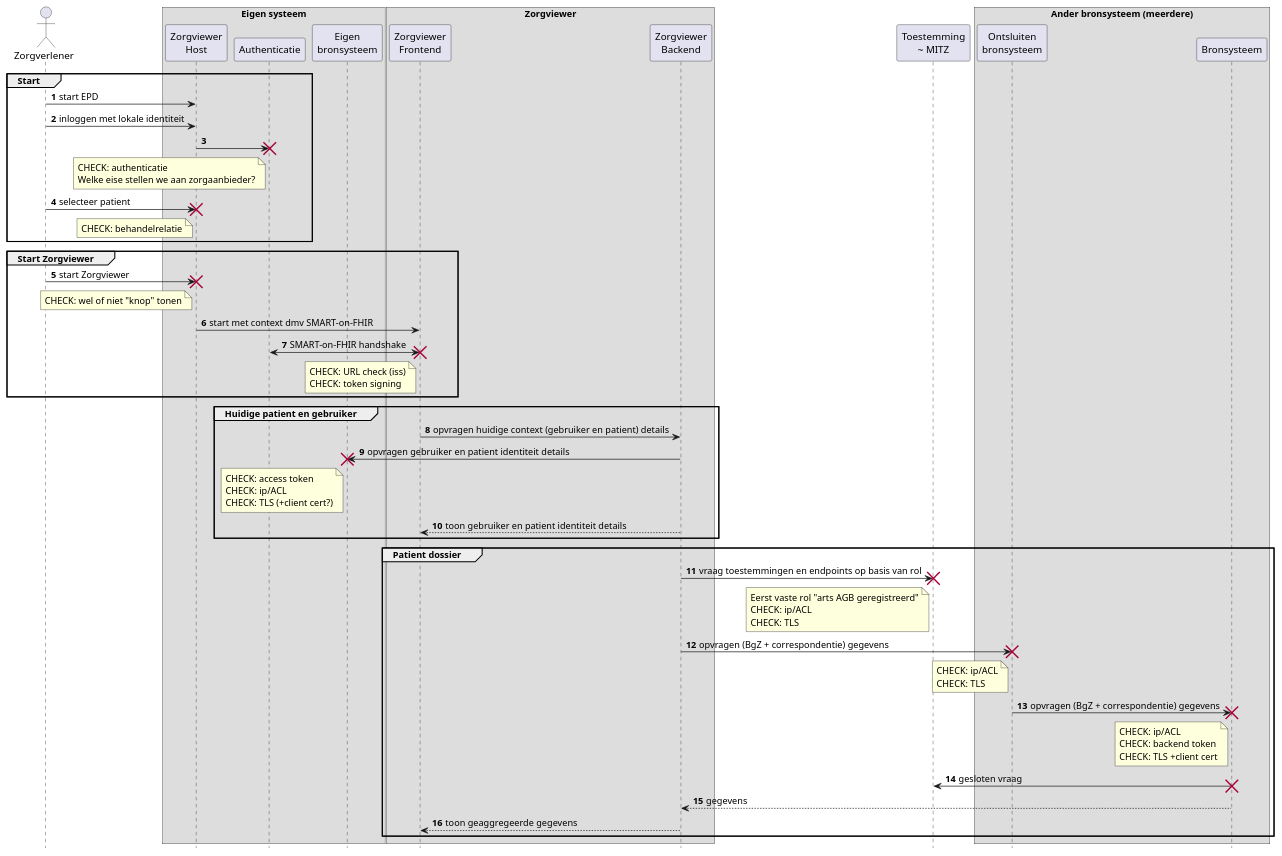
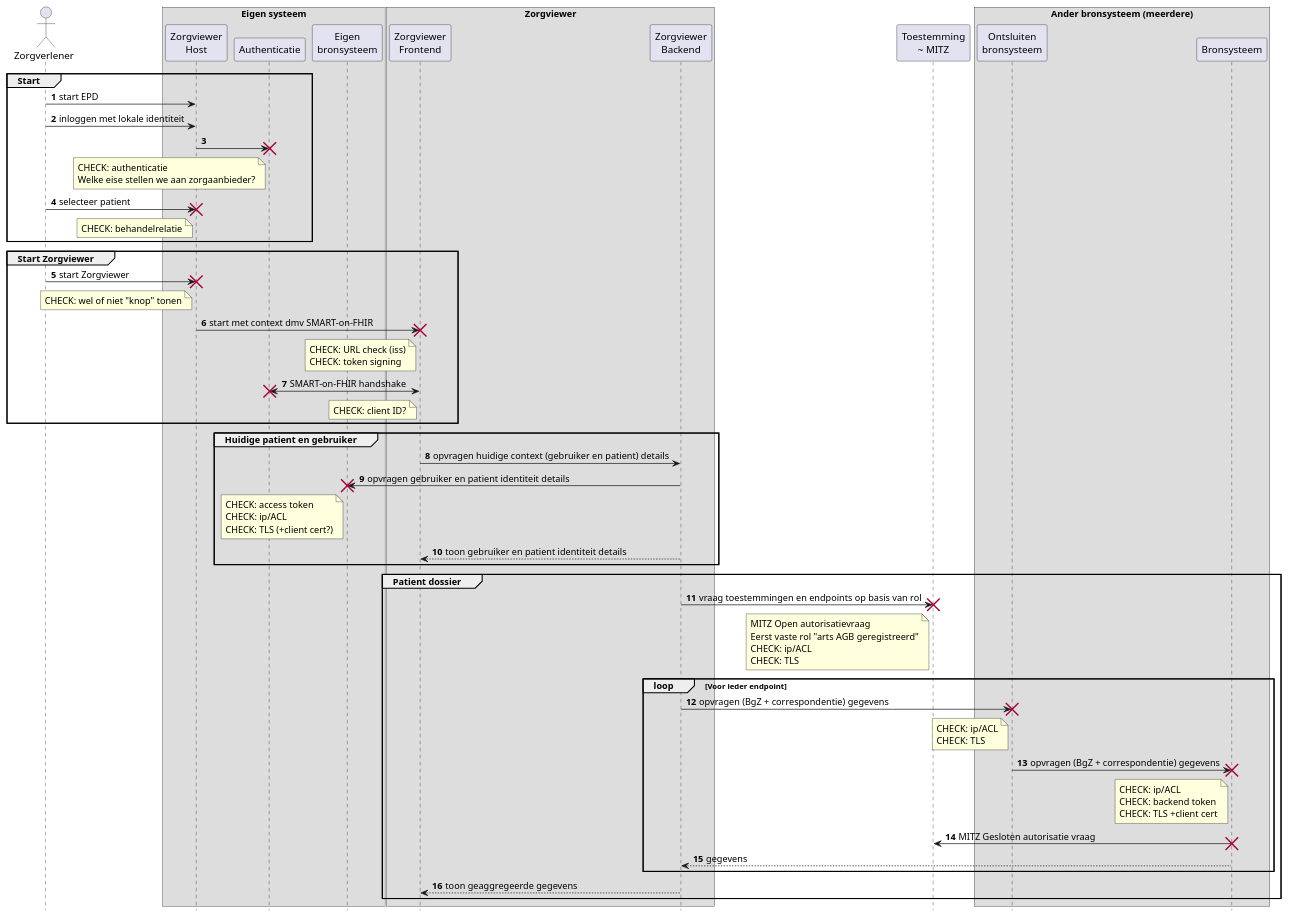
One commit to RIVO-Noord/zorgviewer-ig changed the diagram in input/images-source/Security-Design-seq.plantuml. Above: the diagram before and after it, drawn with PlantUML. The commit also changed 10 other files, not shown here.

```diff
--- a/input/images-source/Security-Design-seq.plantuml
+++ b/input/images-source/Security-Design-seq.plantuml
@@ -1,91 +1,98 @@
 @startuml
 hide footbox
 autonumber
 
 actor Zorgverlener
 box "Eigen systeem"
   participant "Zorgviewer\nHost" as Host
   participant Authenticatie
   participant "Eigen\nbronsysteem" as EBron
 end box
 box "Zorgviewer"
   participant "Zorgviewer\nFrontend" as ZVFE
   participant "Zorgviewer\nBackend" as ZVBE
 end box
 participant "Toestemming\n~ MITZ" as Toestemming
 box "Ander bronsysteem (meerdere)"
   participant "Ontsluiten\nbronsysteem" as AOBron
   participant "Bronsysteem" as ABron
 end box
 
 group Start
   Zorgverlener->Host: start EPD
   Zorgverlener->Host: inloggen met lokale identiteit
   Host->Authenticatie
   note left Authenticatie
     CHECK: authenticatie
     Welke eise stellen we aan zorgaanbieder?
   end note
   destroy Authenticatie
   Zorgverlener->Host: selecteer patient
   note left Host
     CHECK: behandelrelatie
   end note
   destroy Host
 end
 
 group Start Zorgviewer
   Zorgverlener->Host: start Zorgviewer
   destroy Host
   note left Host
     CHECK: wel of niet "knop" tonen
   end note
   Host->ZVFE: start met context dmv SMART-on-FHIR
-  ZVFE<->Authenticatie: SMART-on-FHIR handshake
   note left ZVFE
     CHECK: URL check (iss)
     CHECK: token signing
   end note
   destroy ZVFE
+  ZVFE<->Authenticatie: SMART-on-FHIR handshake
+  note left ZVFE
+    CHECK: client ID?
+  end note
+  destroy Authenticatie
 end
 
 group Huidige patient en gebruiker
   ZVFE->ZVBE: opvragen huidige context (gebruiker en patient) details
   ZVBE->EBron: opvragen gebruiker en patient identiteit details
   note left EBron
     CHECK: access token
     CHECK: ip/ACL
     CHECK: TLS (+client cert?)
   end note
   destroy EBron
   ZVBE-->ZVFE: toon gebruiker en patient identiteit details
 end
 
 group Patient dossier
   ZVBE->Toestemming: vraag toestemmingen en endpoints op basis van rol
   note left Toestemming
+    MITZ Open autorisatievraag
     Eerst vaste rol "arts AGB geregistreerd"
     CHECK: ip/ACL
     CHECK: TLS
   end note
   destroy Toestemming
-  ZVBE->AOBron: opvragen (BgZ + correspondentie) gegevens
-  note left AOBron
-    CHECK: ip/ACL
-    CHECK: TLS
-  end note
-  destroy AOBron
-  AOBron->ABron: opvragen (BgZ + correspondentie) gegevens
-  note left ABron
-    CHECK: ip/ACL
-    CHECK: backend token
-    CHECK: TLS +client cert
-  end note
-  destroy ABron
-  ABron->Toestemming: gesloten vraag
-  destroy ABron
-  ABron-->ZVBE: gegevens
+  loop Voor ieder endpoint
+    ZVBE->AOBron: opvragen (BgZ + correspondentie) gegevens
+    note left AOBron
+      CHECK: ip/ACL
+      CHECK: TLS
+    end note
+    destroy AOBron
+    AOBron->ABron: opvragen (BgZ + correspondentie) gegevens
+    note left ABron
+      CHECK: ip/ACL
+      CHECK: backend token
+      CHECK: TLS +client cert
+    end note
+    destroy ABron
+    ABron->Toestemming: MITZ Gesloten autorisatie vraag
+    destroy ABron
+    ABron-->ZVBE: gegevens
+  end
   ZVBE-->ZVFE: toon geaggregeerde gegevens
 end
 
 @enduml
```
